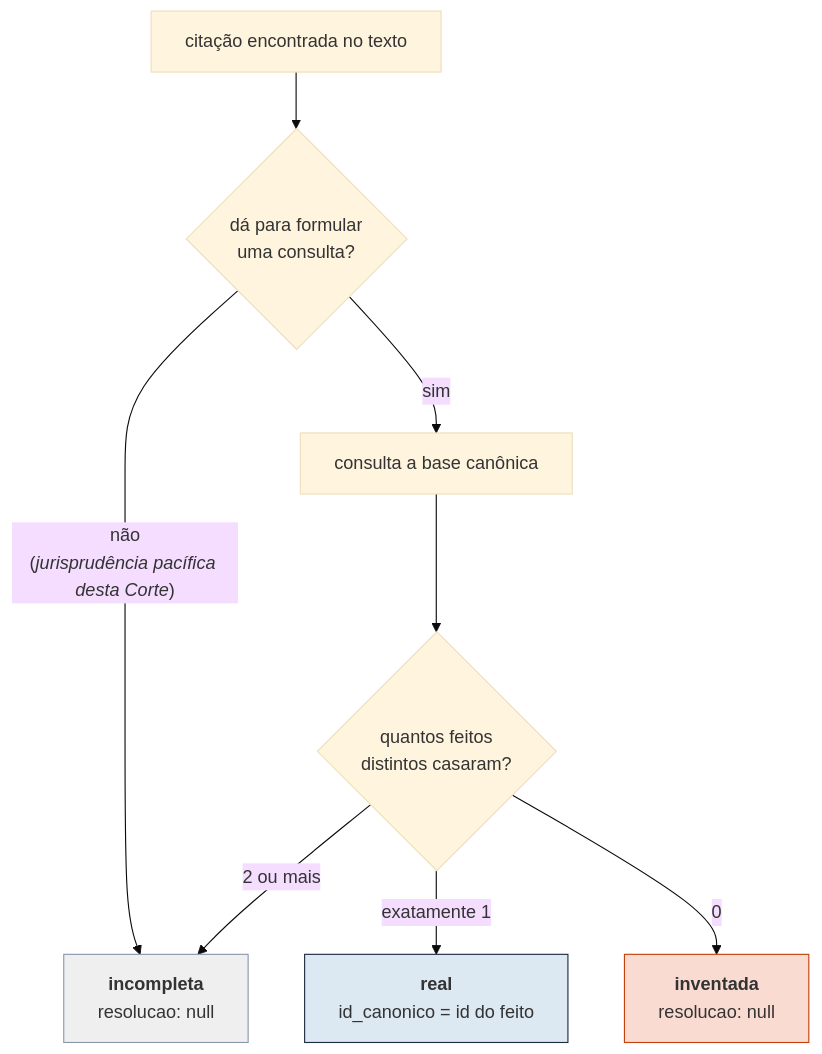
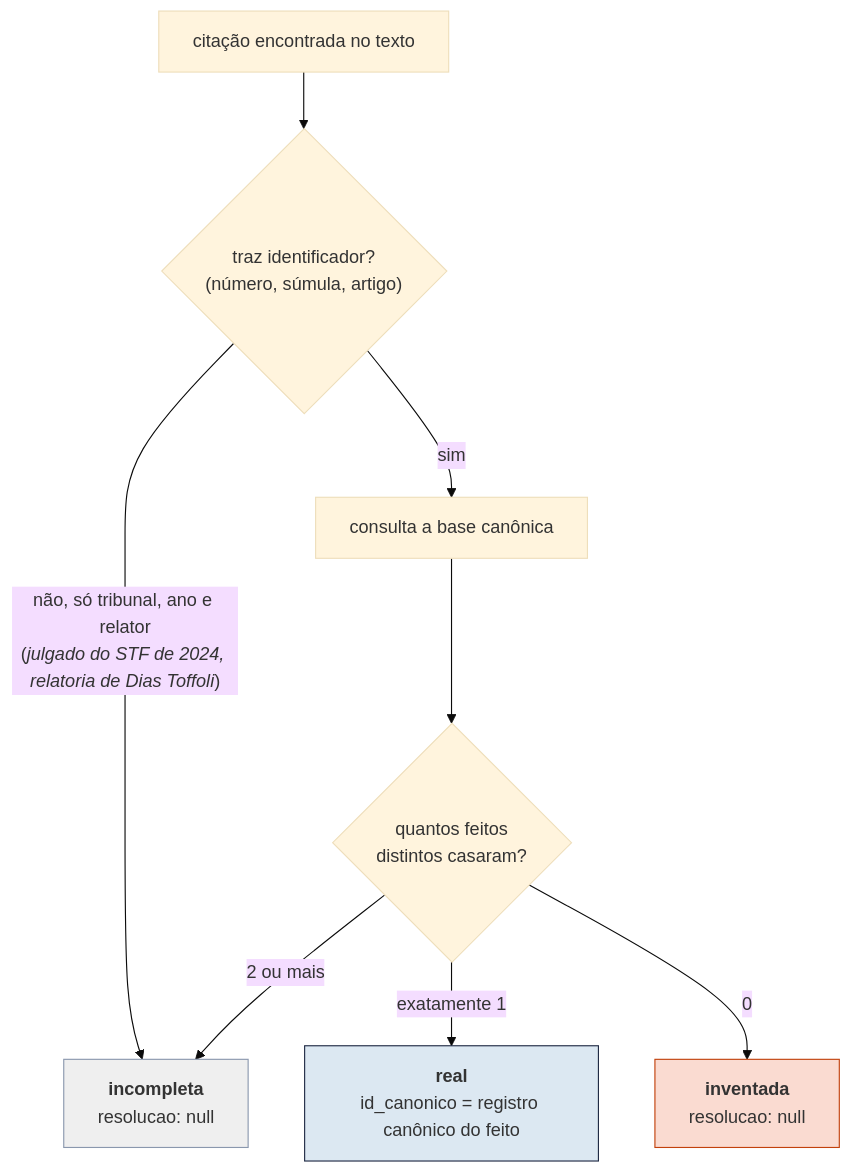
Before and after one commit to CristhianKapelinski/baqueano-jus: the first of 4 diagrams in README.md, drawn with Mermaid (base theme). The commit also changed other lines of this file and 10 other files, not shown here.

````diff
--- a/README.md
+++ b/README.md
@@ -50,14 +52,14 @@
 ```mermaid
 flowchart TD
-    A["citação encontrada no texto"] --> B{"dá para formular<br/>uma consulta?"}
-    B -- "não<br/>(<i>jurisprudência pacífica desta Corte</i>)" --> I["<b>incompleta</b><br/>resolucao: null"]
+    A["citação encontrada no texto"] --> B{"traz identificador?<br/>(número, súmula, artigo)"}
+    B -- "não, só tribunal, ano e relator<br/>(<i>julgado do STF de 2024, relatoria de Dias Toffoli</i>)" --> I["<b>incompleta</b><br/>resolucao: null"]
     B -- sim --> C["consulta a base canônica"]
     C --> D{"quantos feitos<br/>distintos casaram?"}
-    D -- "exatamente 1" --> R["<b>real</b><br/>id_canonico = id do feito"]
+    D -- "exatamente 1" --> R["<b>real</b><br/>id_canonico = registro canônico do feito"]
     D -- "0" --> V["<b>inventada</b><br/>resolucao: null"]
     D -- "2 ou mais" --> I
 
     style R fill:#DCE8F2,stroke:#1F2A44
     style V fill:#FADBD1,stroke:#C2410C
     style I fill:#EFEFEF,stroke:#8A97AD
 ```
````
